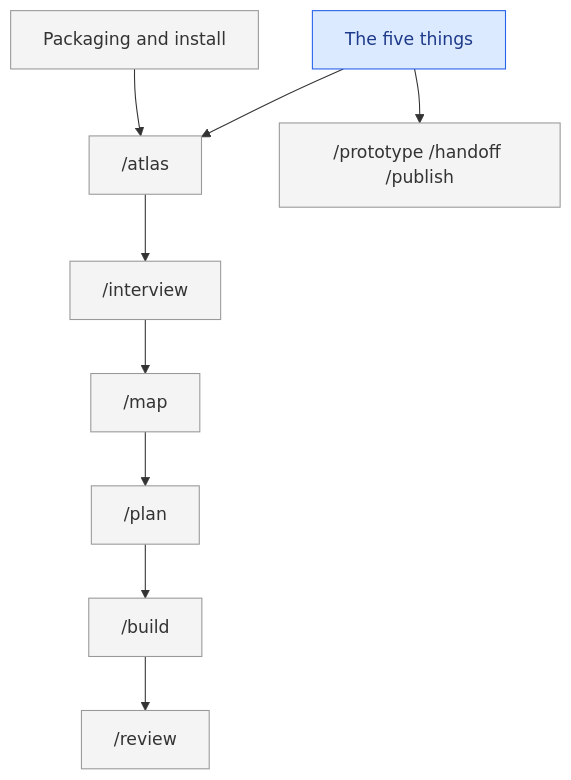
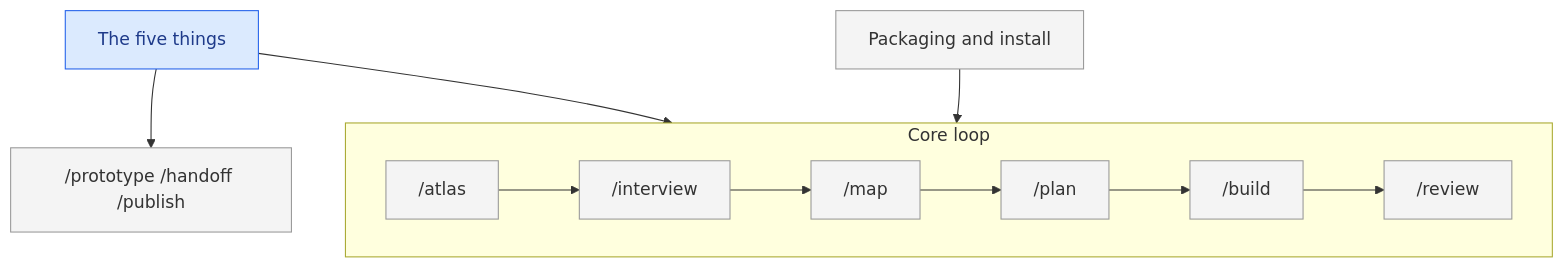
Before and after one commit to somethingdarkside1/atlas-skills: the diagram in MAP.md, drawn with Mermaid.

Commit message:
Lay the map's core loop left to right

````diff
--- a/MAP.md
+++ b/MAP.md
@@ -14,21 +14,19 @@
 ```mermaid
 flowchart TB
   classDef sketched fill:#f4f4f4,stroke:#999,color:#333
   classDef decided fill:#dbeafe,stroke:#2563eb,color:#1e3a8a
   classDef building fill:#fef3c7,stroke:#d97706,color:#78350f
   classDef done fill:#dcfce7,stroke:#16a34a,color:#14532d
 
   five-things["The five things"]:::decided
-  atlas-skill["/atlas"]:::sketched
-  interview-skill["/interview"]:::sketched
-  map-skill["/map"]:::sketched
-  plan-skill["/plan"]:::sketched
-  build-skill["/build"]:::sketched
-  review-skill["/review"]:::sketched
+  packaging["Packaging and install"]:::sketched
   side-skills["/prototype /handoff /publish"]:::sketched
-  packaging["Packaging and install"]:::sketched
+  subgraph core[Core loop]
+    direction LR
+    atlas-skill["/atlas"]:::sketched --> interview-skill["/interview"]:::sketched --> map-skill["/map"]:::sketched --> plan-skill["/plan"]:::sketched --> build-skill["/build"]:::sketched --> review-skill["/review"]:::sketched
+  end
 
-  five-things --> atlas-skill --> interview-skill --> map-skill --> plan-skill --> build-skill --> review-skill
+  five-things --> core
   five-things --> side-skills
-  packaging --> atlas-skill
+  packaging --> core
 ```
````
